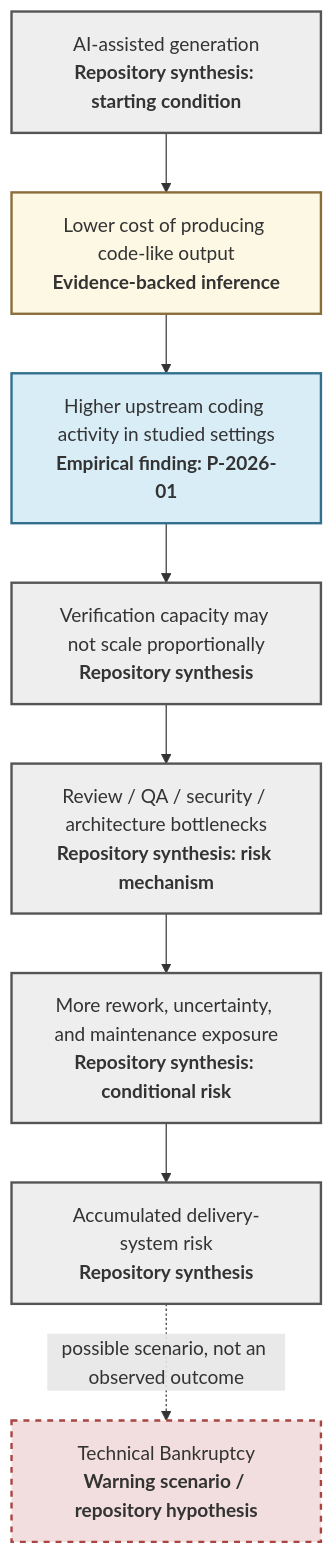
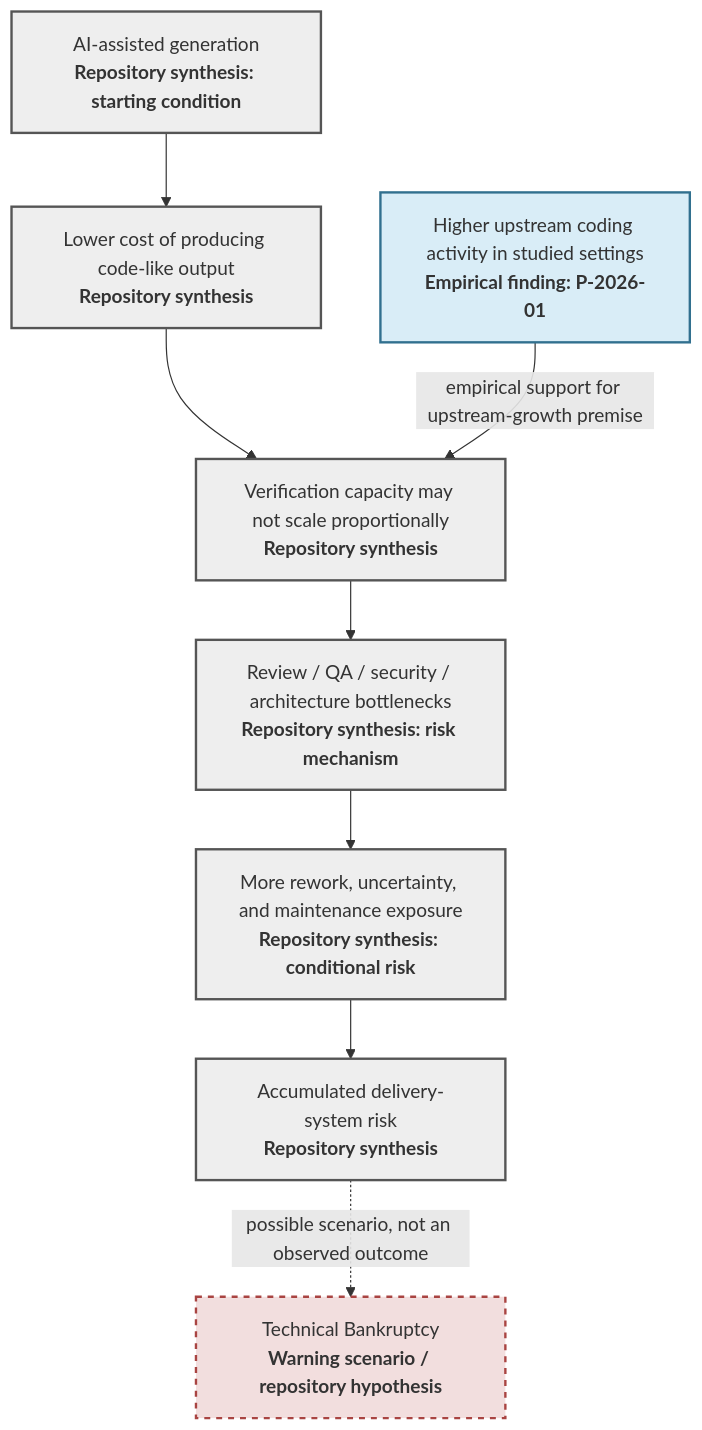
One commit to UncertaintyArchitectureGroup/The-Subprime-Code-Crisis changed the second of 3 diagrams in README.md. Above: the diagram before and after it, drawn with Mermaid. The commit also changed 1 other file, not shown here.

Commit message:
Correct Crisis Map evidence linkage

````diff
--- a/README.md
+++ b/README.md
@@ -133,24 +133,25 @@
 ```mermaid
 flowchart TD
     classDef empirical fill:#d9edf7,stroke:#31708f,stroke-width:2px;
-    classDef inference fill:#fcf8e3,stroke:#8a6d3b,stroke-width:2px;
     classDef synthesis fill:#eeeeee,stroke:#555,stroke-width:2px;
     classDef scenario fill:#f2dede,stroke:#a94442,stroke-width:2px,stroke-dasharray: 5 5;
 
     A[AI-assisted generation<br/><b>Repository synthesis: starting condition</b>]
-    B[Lower cost of producing code-like output<br/><b>Evidence-backed inference</b>]
+    B[Lower cost of producing code-like output<br/><b>Repository synthesis</b>]
     C[Higher upstream coding activity in studied settings<br/><b>Empirical finding: P-2026-01</b>]
     D[Verification capacity may not scale proportionally<br/><b>Repository synthesis</b>]
     E[Review / QA / security / architecture bottlenecks<br/><b>Repository synthesis: risk mechanism</b>]
     F[More rework, uncertainty, and maintenance exposure<br/><b>Repository synthesis: conditional risk</b>]
     G[Accumulated delivery-system risk<br/><b>Repository synthesis</b>]
     H[Technical Bankruptcy<br/><b>Warning scenario / repository hypothesis</b>]
 
-    A --> B --> C --> D --> E --> F --> G
+    A --> B
+    B --> D
+    C -->|empirical support for upstream-growth premise| D
+    D --> E --> F --> G
     G -. possible scenario, not an observed outcome .-> H
 
     class C empirical;
-    class B inference;
-    class A,D,E,F,G synthesis;
+    class A,B,D,E,F,G synthesis;
     class H scenario;
 ```
````
